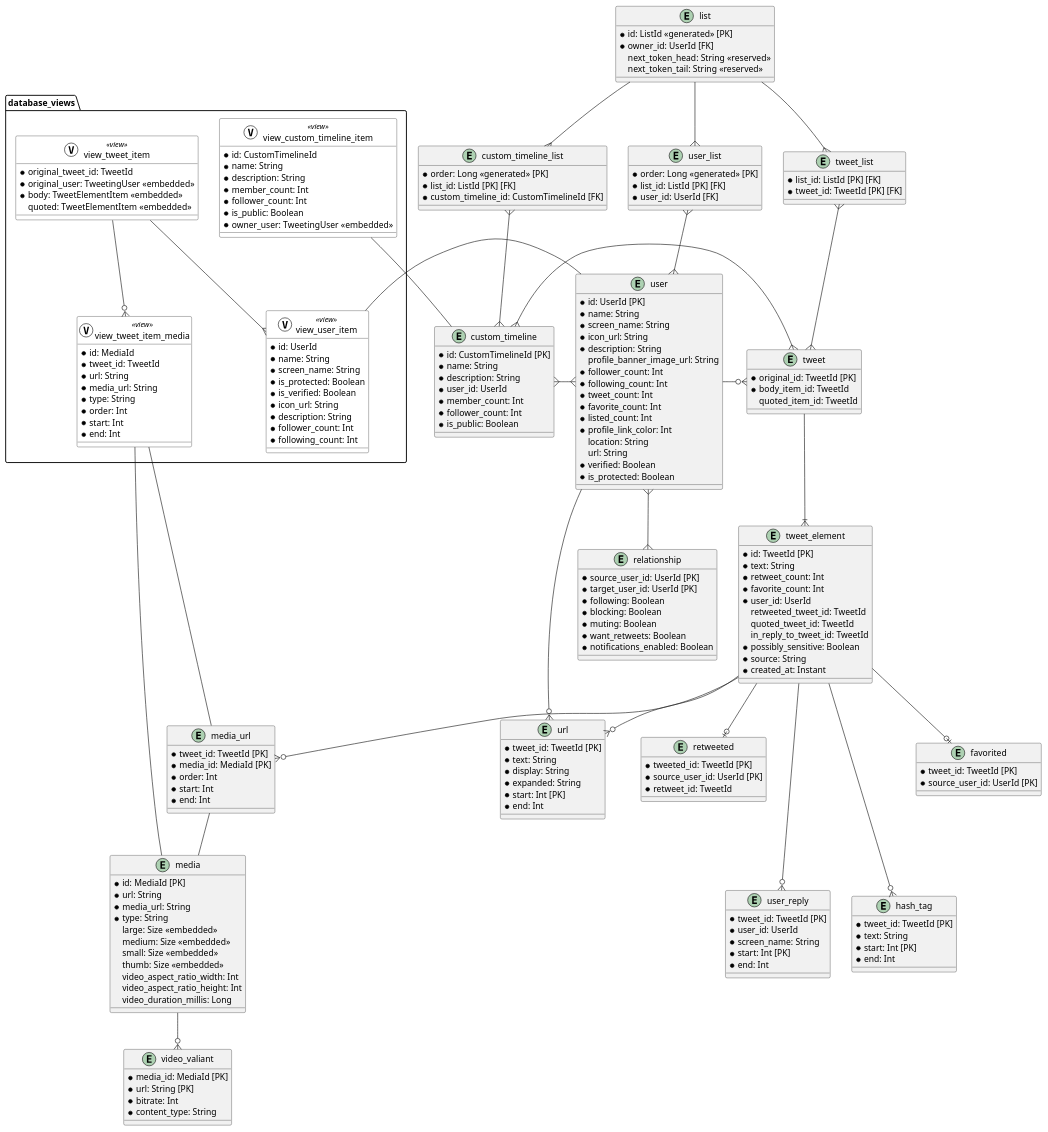
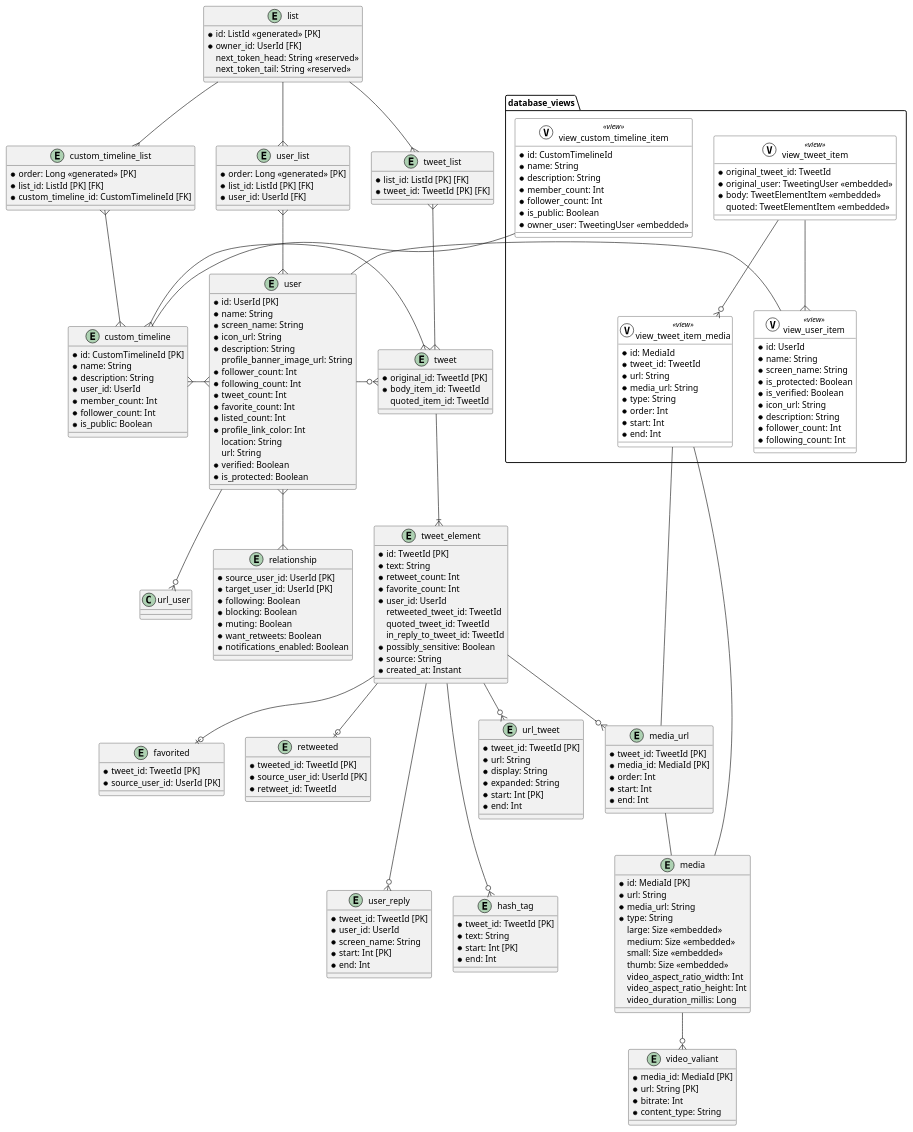
The diagram in docs/er_overview_v2.puml (akihito104/UdonRoad2), drawn with PlantUML before and after one commit. The commit also changed 10 other files, not shown here.

Commit message:
implemented to commit url entity of tweet to database

```diff
--- a/docs/er_overview_v2.puml
+++ b/docs/er_overview_v2.puml
@@ -99,9 +99,9 @@
   * tweet_id: TweetId [PK] [FK]
 }
 
-entity url {
+entity url_tweet {
   * tweet_id: TweetId [PK]
-  * text: String
+  * url: String
   * display: String
   * expanded: String
   * start: Int [PK]
@@ -158,7 +158,7 @@
 tweet_list }--{ tweet
 tweet --|{ tweet_element
 tweet_element --o{ media_url
-tweet_element --o{ url
+tweet_element --o{ url_tweet
 tweet_element ---o{ user_reply
 tweet_element ---o{ hash_tag
 tweet_element --o| favorited
@@ -169,7 +169,7 @@
 
 user_list }--{ user
 user }--{ relationship
-user --o{ url
+user --o{ url_user
 user -o{ tweet
 
 custom_timeline_list }--{ custom_timeline
```
